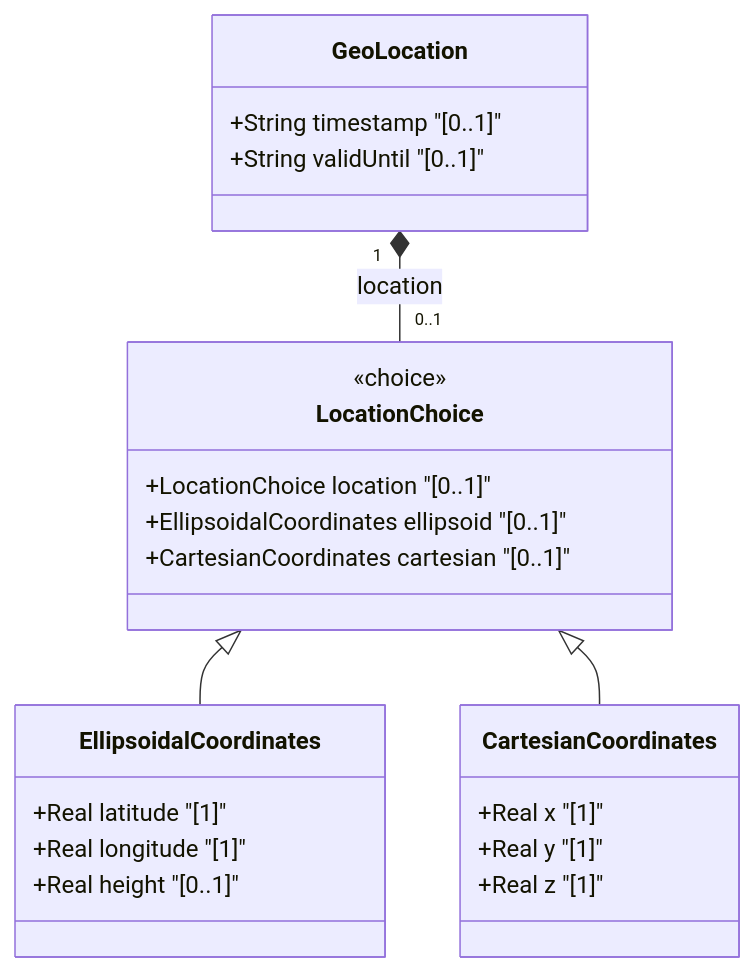
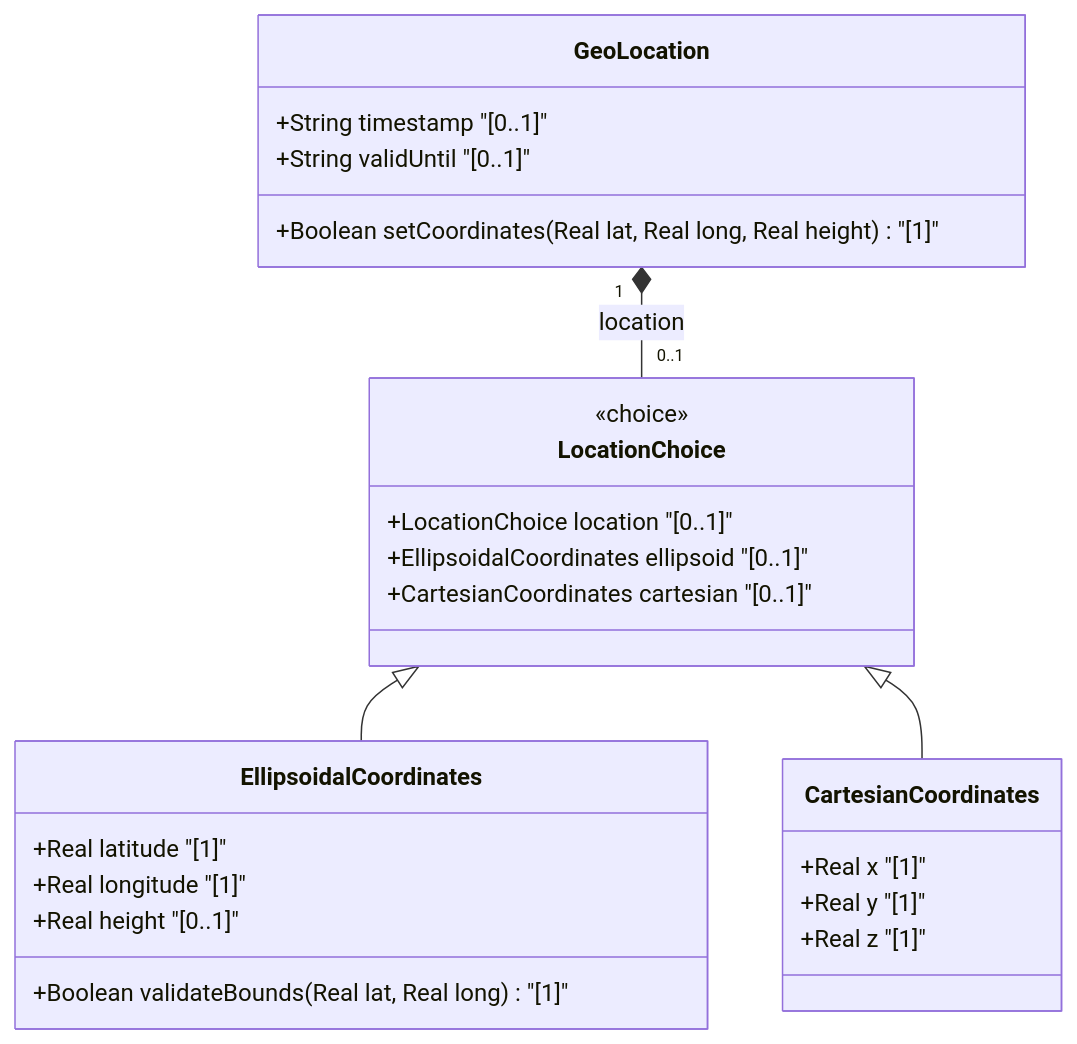
Before and after one commit to gintatkinson/3dgs-037: the diagram in docs/features/feat-11-coordinates-and-altitude.md, drawn with Mermaid. The commit also changed other lines of this file and 8 other files, not shown here.

````diff
--- a/docs/features/feat-11-coordinates-and-altitude.md
+++ b/docs/features/feat-11-coordinates-and-altitude.md
@@ -26,28 +26,30 @@
 ```mermaid
 classDiagram
     class GeoLocation {
         +String timestamp "[0..1]"
         +String validUntil "[0..1]"
+        +Boolean setCoordinates(Real lat, Real long, Real height) "[1]"
     }
     class LocationChoice {
         <<choice>>
         <<abstract>>
         +LocationChoice location "[0..1]"
         +EllipsoidalCoordinates ellipsoid "[0..1]"
         +CartesianCoordinates cartesian "[0..1]"
     }
     class EllipsoidalCoordinates {
         +Real latitude "[1]"
         +Real longitude "[1]"
         +Real height "[0..1]"
+        +Boolean validateBounds(Real lat, Real long) "[1]"
     }
     class CartesianCoordinates {
         +Real x "[1]"
         +Real y "[1]"
         +Real z "[1]"
     }
 
     GeoLocation "1" *-- "0..1" LocationChoice : location
     LocationChoice <|-- EllipsoidalCoordinates
     LocationChoice <|-- CartesianCoordinates
 ```
````
